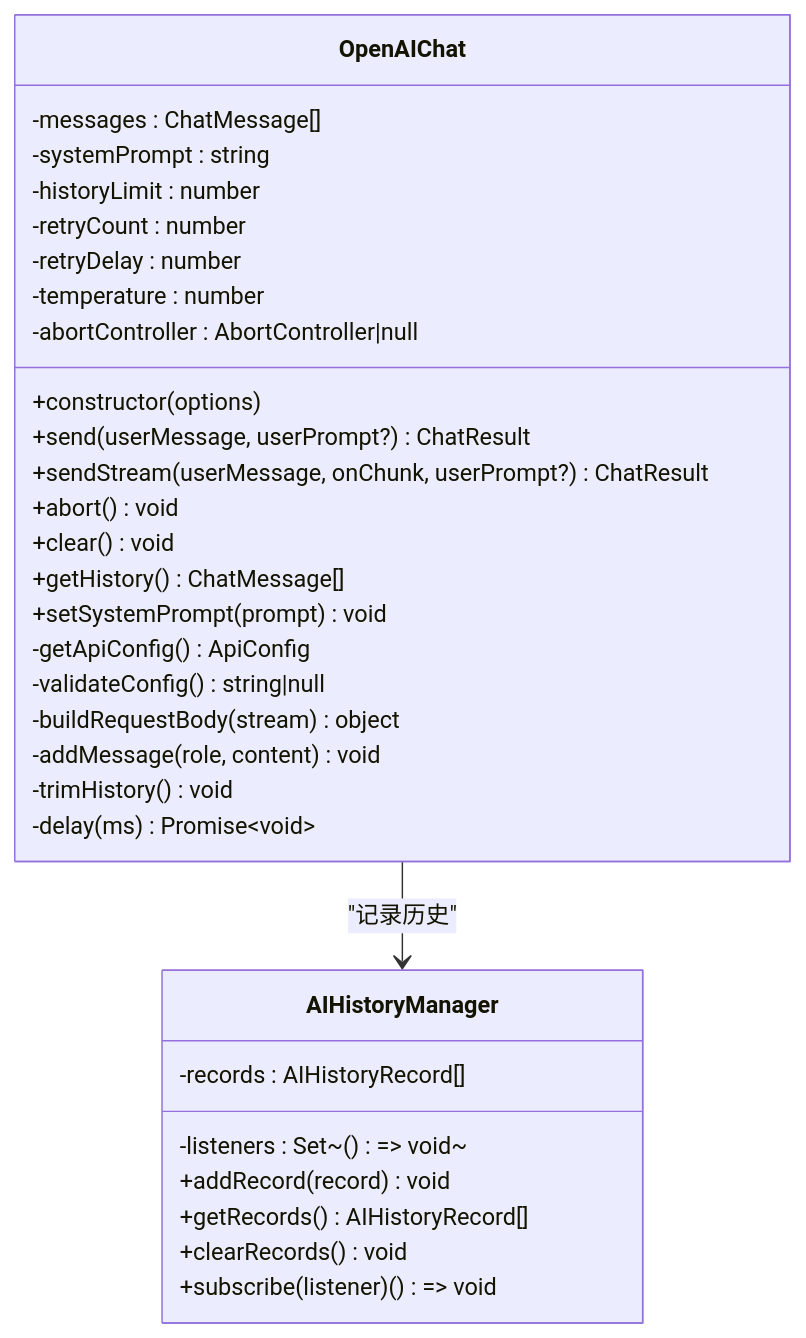
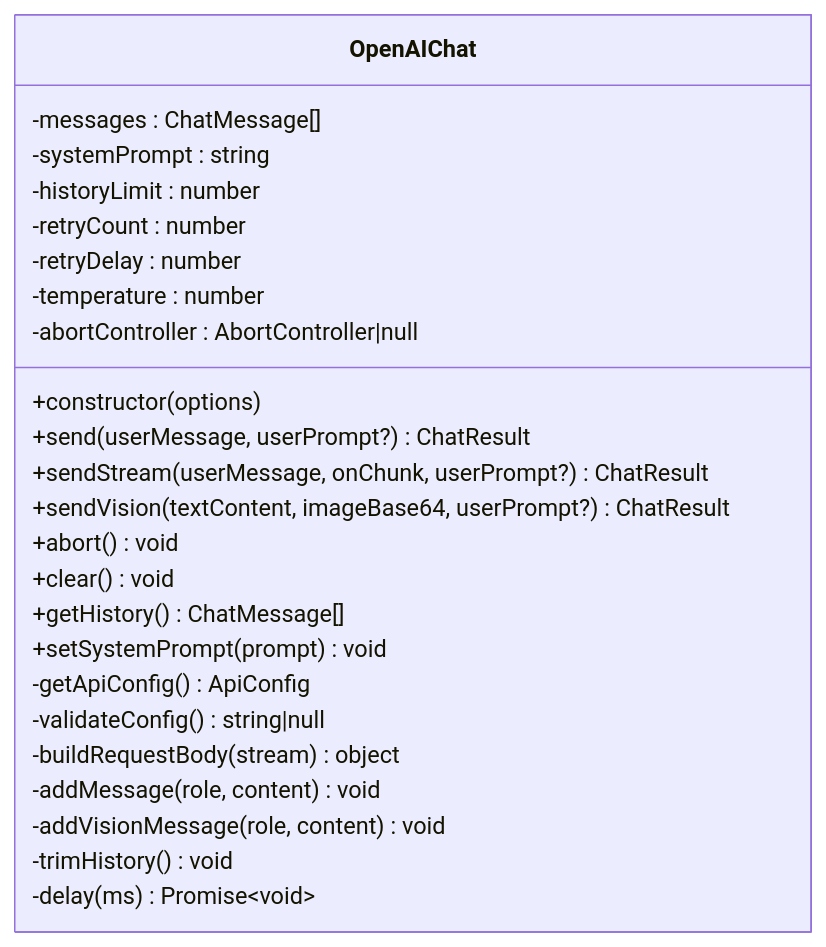
Before and after one commit to kqcoxn/MaaPipelineEditor: the fourth of 7 diagrams in .qoder/repowiki/zh/content/用户界面/面板系统/配置面板/AI配置区域.md, drawn with Mermaid. The commit also changed other lines of this file and 19 other files, not shown here.

````diff
--- a/.qoder/repowiki/zh/content/用户界面/面板系统/配置面板/AI配置区域.md
+++ b/.qoder/repowiki/zh/content/用户界面/面板系统/配置面板/AI配置区域.md
@@ -171,34 +205,27 @@
 ```mermaid
 classDiagram
 class OpenAIChat {
 -messages : ChatMessage[]
 -systemPrompt : string
 -historyLimit : number
 -retryCount : number
 -retryDelay : number
 -temperature : number
 -abortController : AbortController|null
 +constructor(options)
 +send(userMessage, userPrompt?) ChatResult
 +sendStream(userMessage, onChunk, userPrompt?) ChatResult
++sendVision(textContent, imageBase64, userPrompt?) ChatResult
 +abort() void
 +clear() void
 +getHistory() ChatMessage[]
 +setSystemPrompt(prompt) void
 -getApiConfig() ApiConfig
 -validateConfig() string|null
 -buildRequestBody(stream) object
 -addMessage(role, content) void
+-addVisionMessage(role, content) void
 -trimHistory() void
 -delay(ms) Promise~void~
 }
-class AIHistoryManager {
--records : AIHistoryRecord[]
--listeners : Set~() => void~
-+addRecord(record) void
-+getRecords() AIHistoryRecord[]
-+clearRecords() void
-+subscribe(listener) () => void
-}
-OpenAIChat --> AIHistoryManager : "记录历史"
 ```
````
